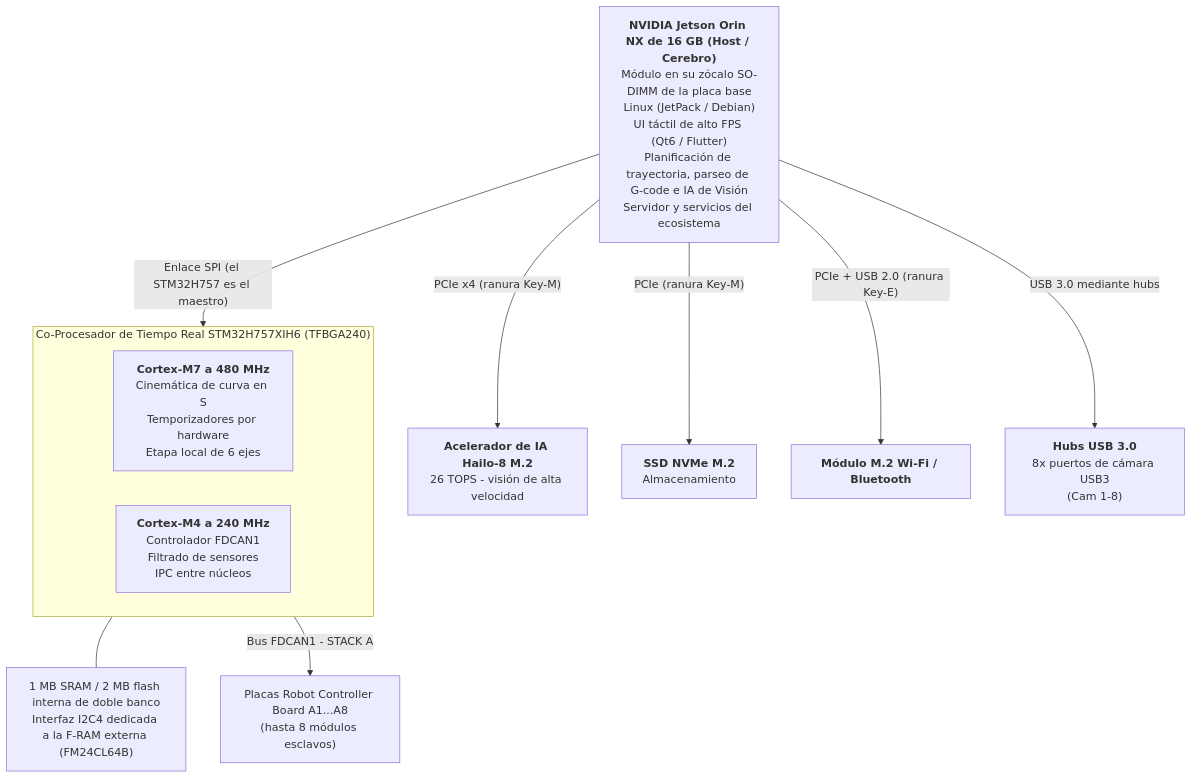
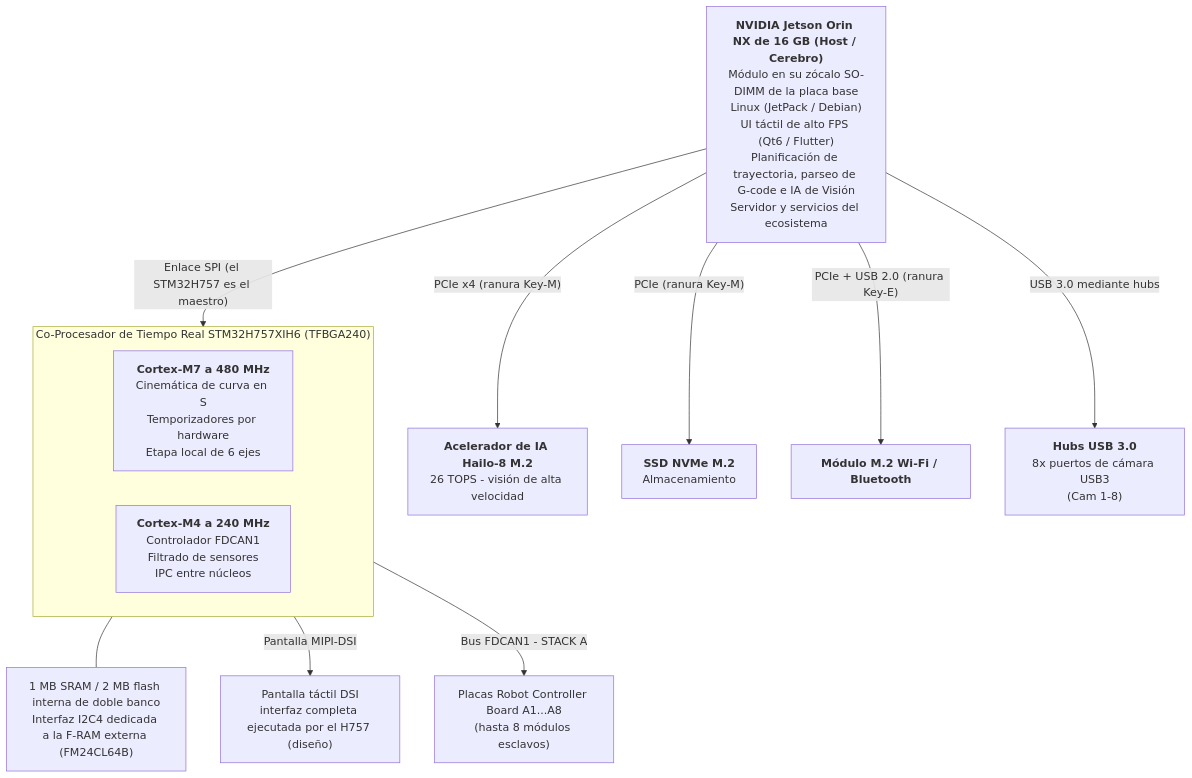
Before and after one commit to JuanenRac/HYDRA-UMC: the first of 3 diagrams in README_spa.md, drawn with Mermaid. The commit also changed other lines of this file and 8 other files, not shown here.

````diff
--- a/README_spa.md
+++ b/README_spa.md
@@ -95,21 +96,22 @@
 ```mermaid
 flowchart TB
     JETSON["<b>NVIDIA Jetson Orin NX de 16 GB (Host / Cerebro)</b><br/>Módulo en su zócalo SO-DIMM de la placa base<br/>Linux (JetPack / Debian)<br/>UI táctil de alto FPS (Qt6 / Flutter)<br/>Planificación de trayectoria, parseo de G-code e IA de Visión<br/>Servidor y servicios del ecosistema"]
 
     JETSON -- "PCIe x4 (ranura Key-M)" --> HAILO8["<b>Acelerador de IA Hailo-8 M.2</b><br/>26 TOPS - visión de alta velocidad"]
     JETSON -- "PCIe (ranura Key-M)" --> NVME["<b>SSD NVMe M.2</b><br/>Almacenamiento"]
     JETSON -- "PCIe + USB 2.0 (ranura Key-E)" --> WIFI["<b>Módulo M.2 Wi-Fi / Bluetooth</b>"]
     JETSON -- "USB 3.0 mediante hubs" --> HUBS["<b>Hubs USB 3.0</b><br/>8x puertos de cámara USB3<br/>(Cam 1-8)"]
 
     JETSON -- "Enlace SPI (el STM32H757 es el maestro)" --> MCU
 
     subgraph MCU["Co-Procesador de Tiempo Real STM32H757XIH6 (TFBGA240)"]
         direction LR
         CM7["<b>Cortex-M7 a 480 MHz</b><br/>Cinemática de curva en S<br/>Temporizadores por hardware<br/>Etapa local de 6 ejes"]
         CM4["<b>Cortex-M4 a 240 MHz</b><br/>Controlador FDCAN1<br/>Filtrado de sensores<br/>IPC entre núcleos"]
     end
     MEM["1 MB SRAM / 2 MB flash interna de doble banco<br/>Interfaz I2C4 dedicada a la F-RAM externa (FM24CL64B)"]
     MCU --- MEM
+    MCU -- "Pantalla MIPI-DSI" --> DSIDISP["Pantalla táctil DSI<br/>interfaz completa ejecutada por el H757 (diseño)"]
 
     MCU -- "Bus FDCAN1 - STACK A" --> ROBOTS["Placas Robot Controller Board A1...A8<br/>(hasta 8 módulos esclavos)"]
 ```
````
